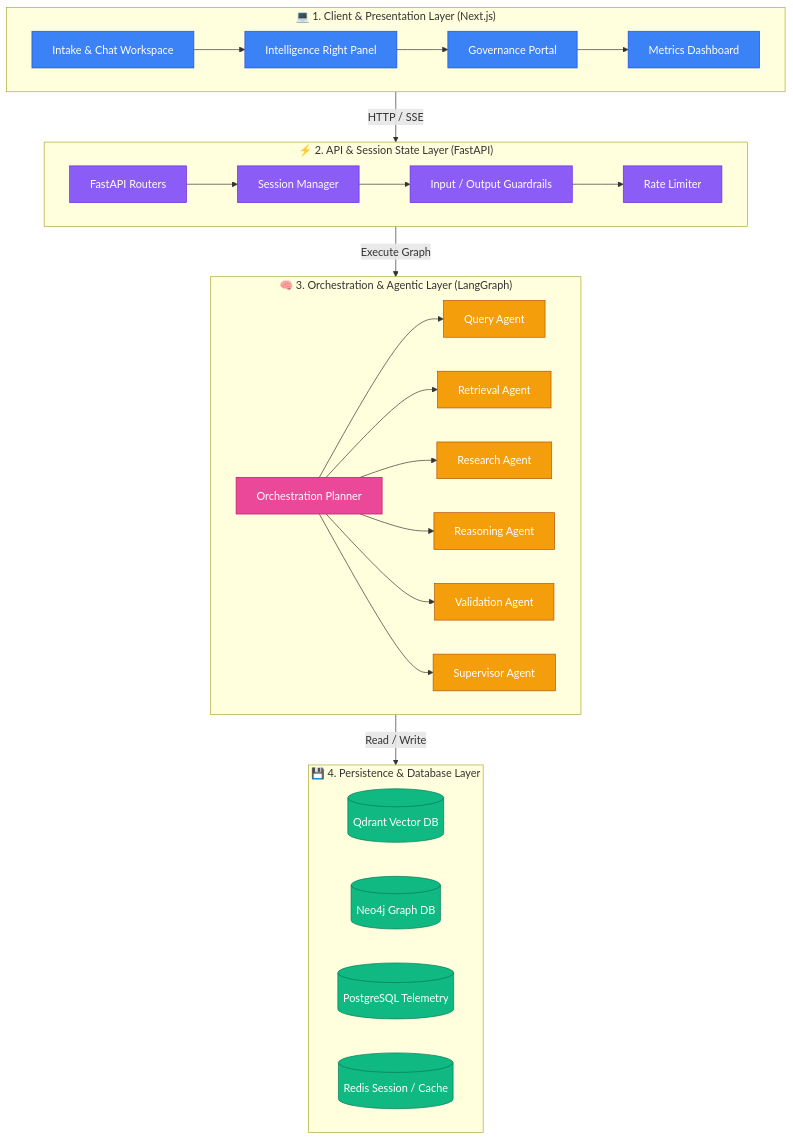
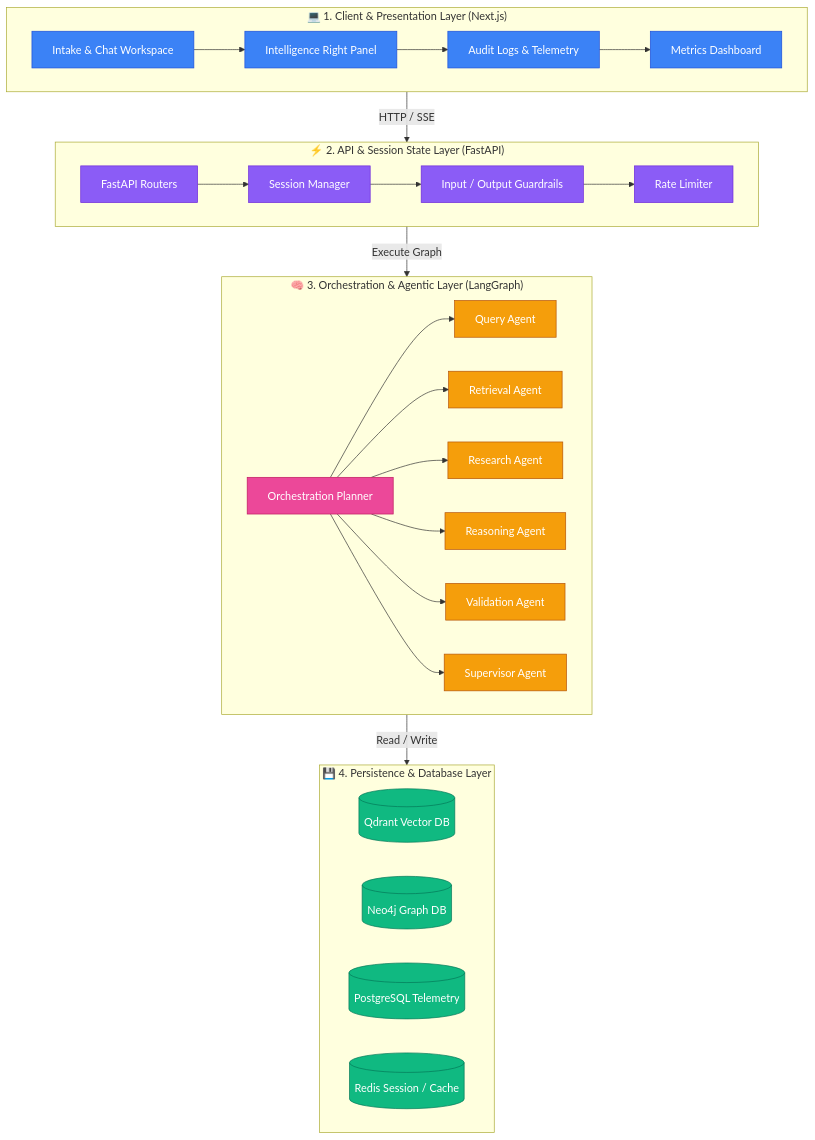
One commit to pavandoddavarapu/aegis_agenticAi_capstone changed the first of 2 diagrams in README.md. Above: the diagram before and after it, drawn with Mermaid. The commit also changed other lines of this file, not shown here.

Commit message:
docs: remove HITL escalation references and document core Pydantic schemas in README

````diff
--- a/README.md
+++ b/README.md
@@ -18,40 +18,40 @@
 ```mermaid
 graph TD
     classDef client fill:#3b82f6,stroke:#1d4ed8,color:#fff;
     classDef api fill:#8b5cf6,stroke:#6d28d9,color:#fff;
     classDef orchestrator fill:#ec4899,stroke:#be185d,color:#fff;
     classDef agent fill:#f59e0b,stroke:#b45309,color:#fff;
     classDef db fill:#10b981,stroke:#047857,color:#fff;
 
     subgraph UI_Layer ["💻 1. Client & Presentation Layer (Next.js)"]
         A[Intake & Chat Workspace]:::client --> B[Intelligence Right Panel]:::client
-        B --> C[Governance Portal]:::client
+        B --> C[Audit Logs & Telemetry]:::client
         C --> D[Metrics Dashboard]:::client
     end
 
     subgraph API_Layer ["⚡ 2. API & Session State Layer (FastAPI)"]
         E[FastAPI Routers]:::api --> F[Session Manager]:::api
         F --> G[Input / Output Guardrails]:::api
         G --> H[Rate Limiter]:::api
     end
 
     subgraph Agentic_Layer ["🧠 3. Orchestration & Agentic Layer (LangGraph)"]
         I[Orchestration Planner]:::orchestrator --> J[Query Agent]:::agent
         I --> K[Retrieval Agent]:::agent
         I --> L[Research Agent]:::agent
         I --> M[Reasoning Agent]:::agent
         I --> N[Validation Agent]:::agent
         I --> O[Supervisor Agent]:::agent
     end
 
     subgraph Data_Layer ["💾 4. Persistence & Database Layer"]
         P[(Qdrant Vector DB)]:::db
         Q[(Neo4j Graph DB)]:::db
         R[(PostgreSQL Telemetry)]:::db
         S[(Redis Session / Cache)]:::db
     end
 
     UI_Layer -->|HTTP / SSE| API_Layer
     API_Layer -->|Execute Graph| Agentic_Layer
     Agentic_Layer -->|Read / Write| Data_Layer
 ```
````
